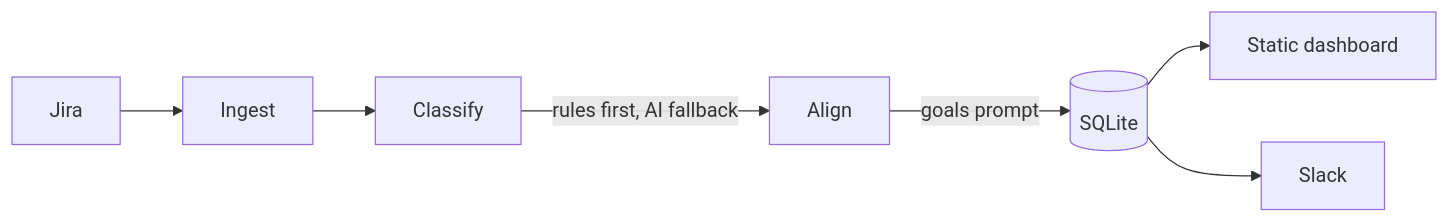
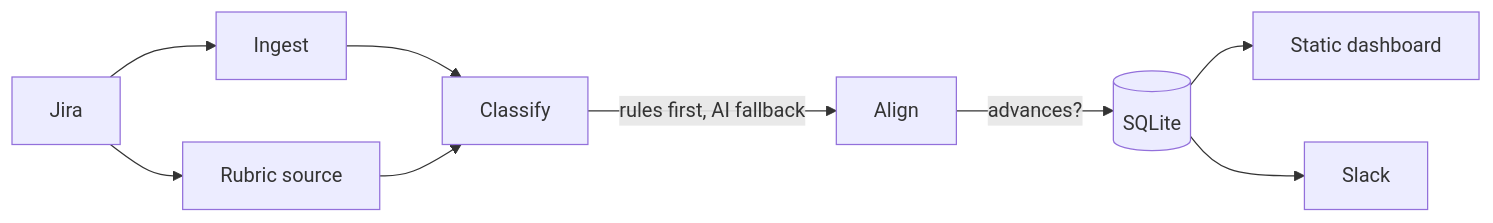
One commit to makarski/teamscope changed the diagram in README.md. Above: the diagram before and after it, drawn with Mermaid. The commit also changed other lines of this file and 25 other files, not shown here.

````diff
--- a/README.md
+++ b/README.md
@@ -13,9 +18,11 @@
 ```mermaid
 flowchart LR
     Jira --> Ingest
+    Jira --> Rubric[Rubric source]
     Ingest --> Classify
+    Rubric --> Classify
     Classify -->|rules first, AI fallback| Align
-    Align -->|goals prompt| Store[(SQLite)]
+    Align -->|advances?| Store[(SQLite)]
     Store --> Web[Static dashboard]
     Store --> Slack
 ```
````
